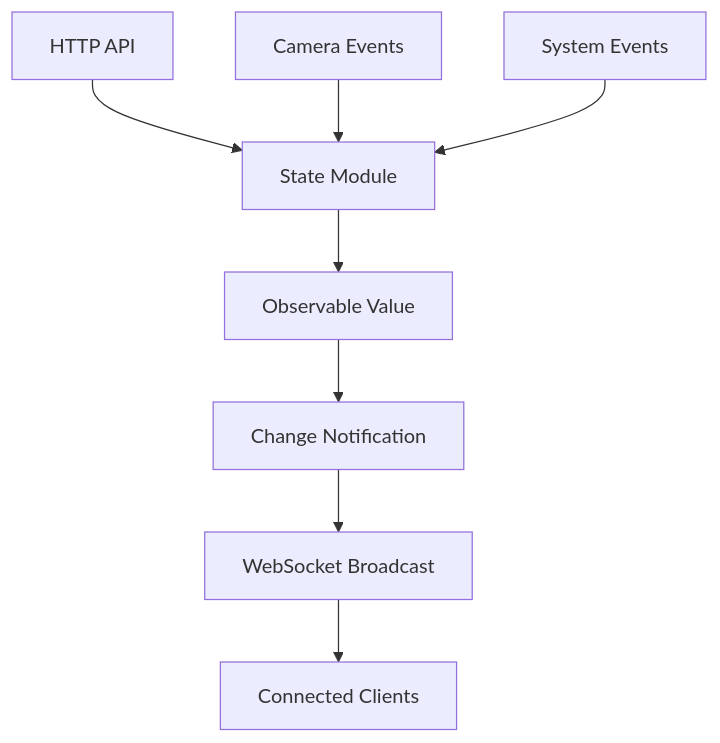
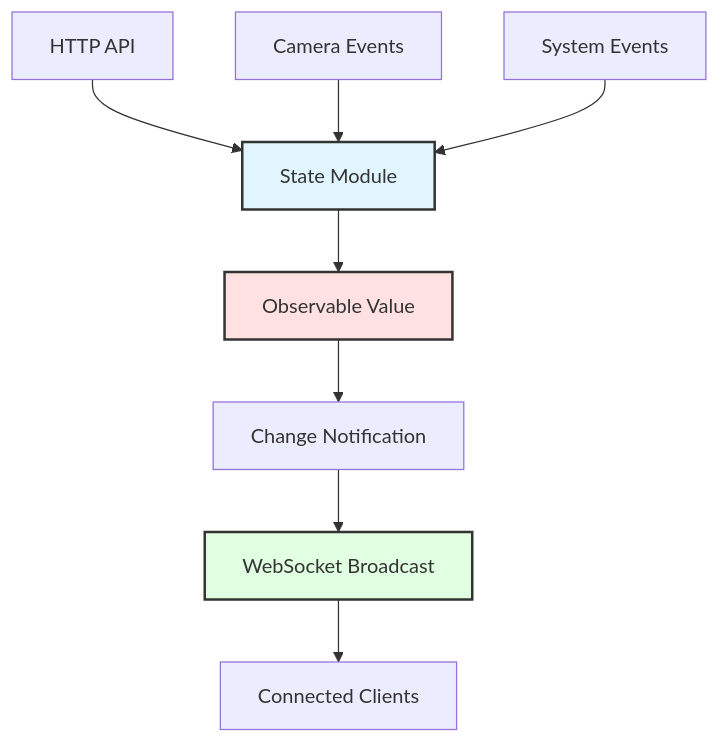
Before and after one commit to JayeshKakkad-Rotoclear/Rotoclear-C-Pro-Docs: the first of 2 diagrams in docs/architecture/state-management.md, drawn with Mermaid. The commit also changed other lines of this file and 14 other files, not shown here.

Commit message:
Improve Mermaid diagram formatting for better presentation - Added better spacing, styling, and layout - Enhanced readability with color coding and proper node alignment - Improved subgraph organization - Better decision tree layouts

````diff
--- a/docs/architecture/state-management.md
+++ b/docs/architecture/state-management.md
@@ -9,11 +9,15 @@
 ```mermaid
 graph TB
     A[State Module] --> B[Observable Value]
     B --> C[Change Notification]
     C --> D[WebSocket Broadcast]
     D --> E[Connected Clients]
     
     F[HTTP API] --> A
     G[Camera Events] --> A
     H[System Events] --> A
+    
+    style A fill:#e1f5ff,stroke:#333,stroke-width:2px
+    style B fill:#ffe1e1,stroke:#333,stroke-width:2px
+    style D fill:#e1ffe1,stroke:#333,stroke-width:2px
 ```
````
